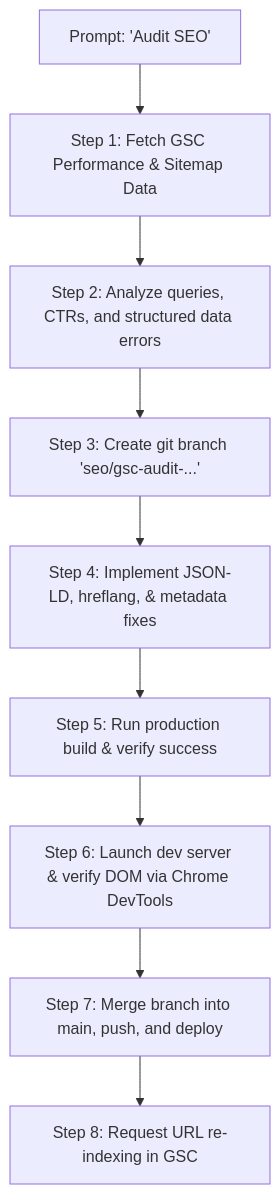
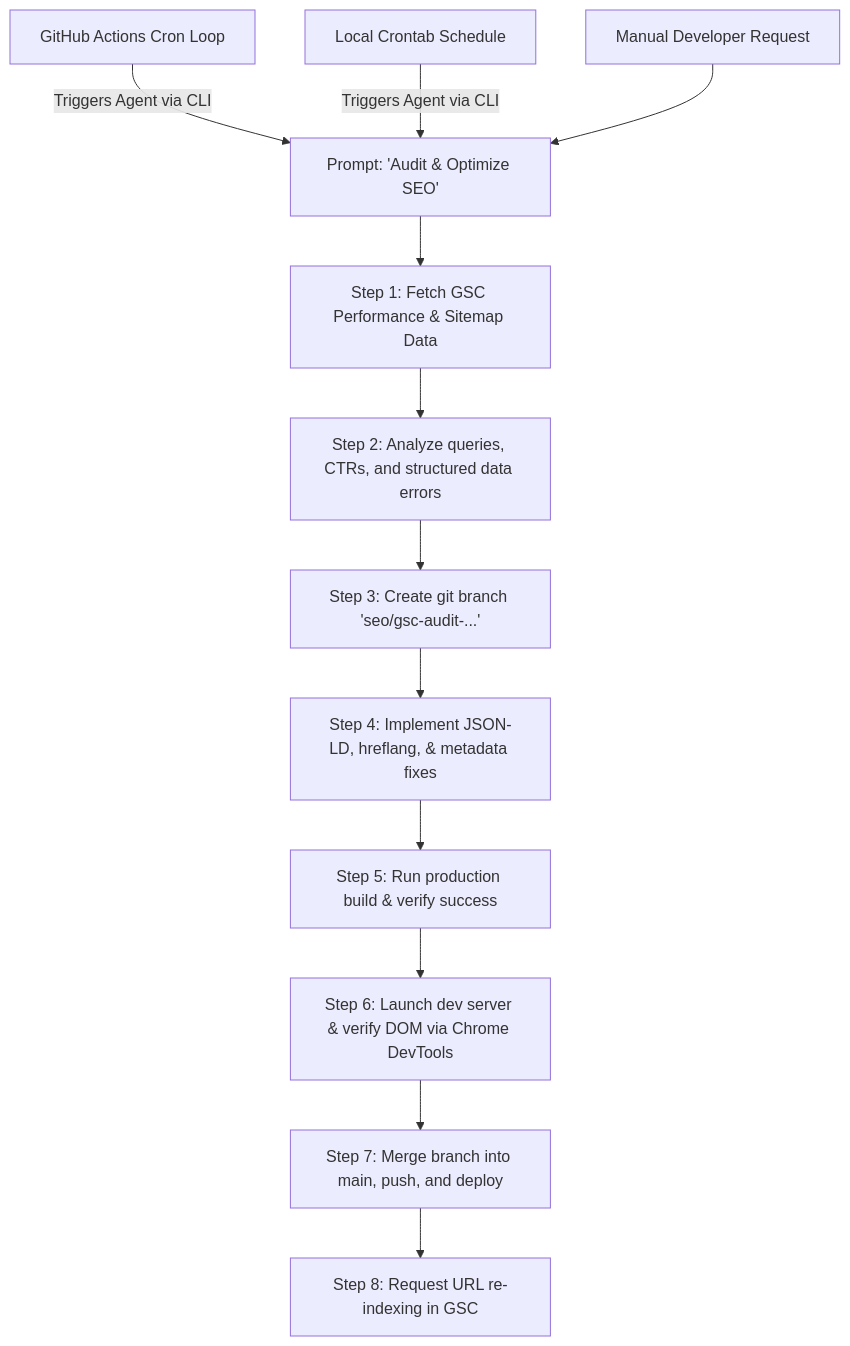
The diagram in README.md (windyinwind/ultraman-autonomous-seo), drawn with Mermaid before and after one commit. The commit also changed other lines of this file and 3 other files, not shown here.

Commit message:
chore: rename project to Ultraman Autonomous SEO and update workflow diagrams

````diff
--- a/README.md
+++ b/README.md
@@ -121,11 +121,15 @@
 ```mermaid
 graph TD
-    A[Prompt: 'Audit SEO'] --> B[Step 1: Fetch GSC Performance & Sitemap Data]
+    T1[GitHub Actions Cron Loop] --> |Triggers Agent via CLI| A[Prompt: 'Audit & Optimize SEO']
+    T2[Local Crontab Schedule] --> |Triggers Agent via CLI| A
+    T3[Manual Developer Request] --> A
+    
+    A --> B[Step 1: Fetch GSC Performance & Sitemap Data]
     B --> C[Step 2: Analyze queries, CTRs, and structured data errors]
     C --> D[Step 3: Create git branch 'seo/gsc-audit-...']
     D --> E[Step 4: Implement JSON-LD, hreflang, & metadata fixes]
     E --> F[Step 5: Run production build & verify success]
     F --> G[Step 6: Launch dev server & verify DOM via Chrome DevTools]
     G --> H[Step 7: Merge branch into main, push, and deploy]
     H --> I[Step 8: Request URL re-indexing in GSC]
 ```
````
